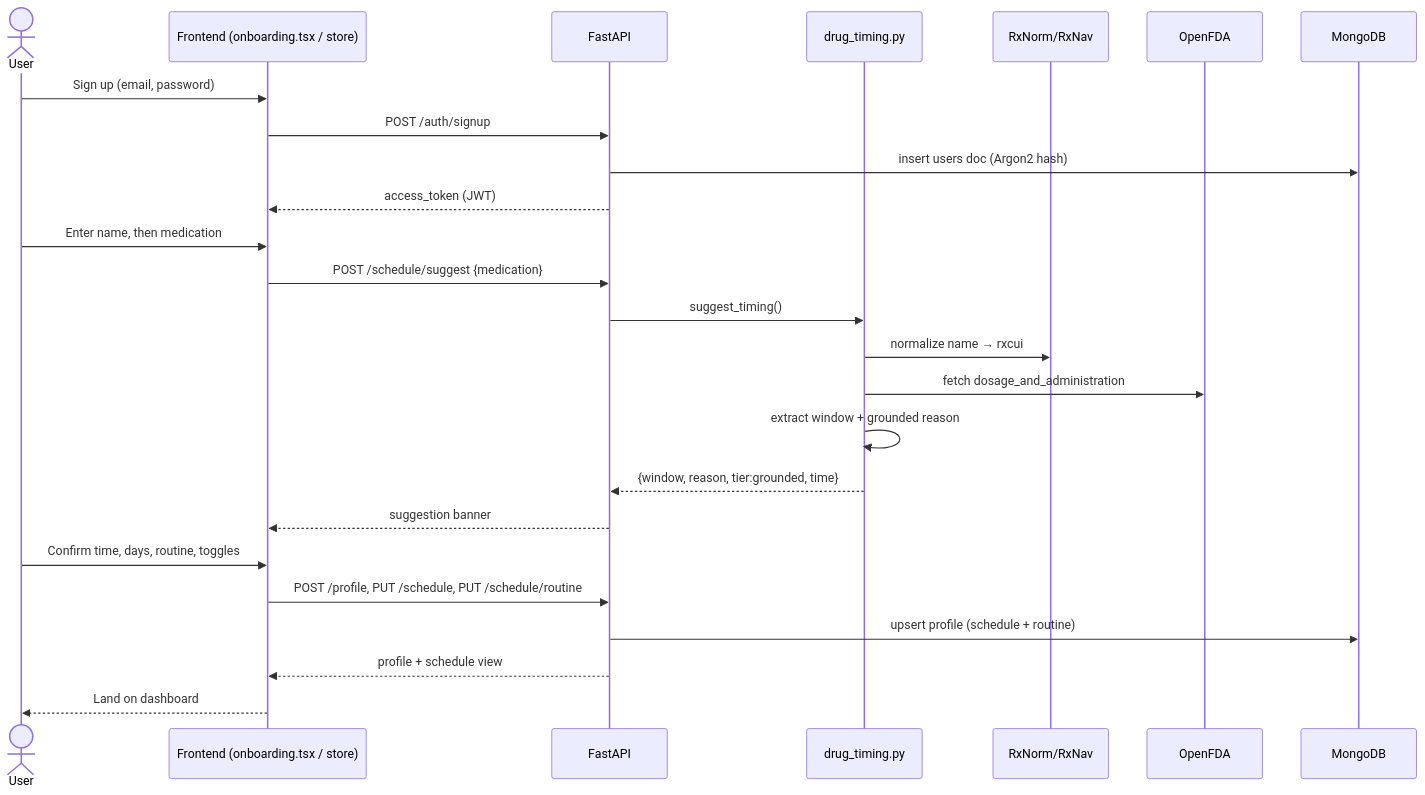
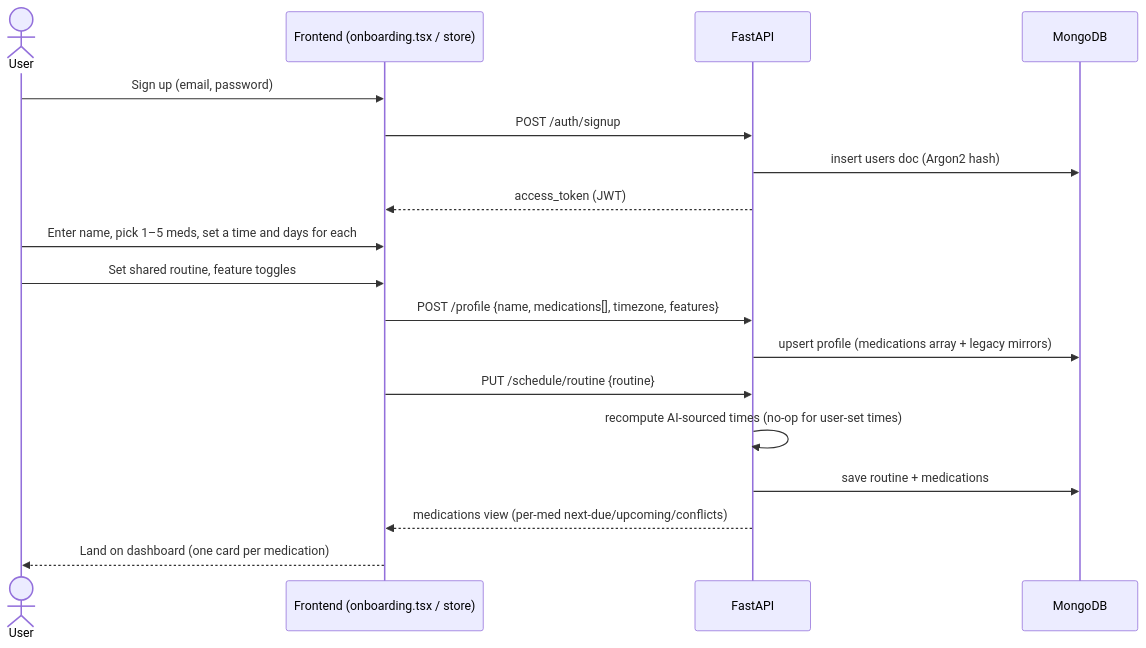
One commit to sallonico/Attune-de9bc2d9 changed the fifth of 7 diagrams in README.md. Above: the diagram before and after it, drawn with Mermaid. The commit also changed other lines of this file and 3 other files, not shown here.

````diff
--- a/README.md
+++ b/README.md
@@ -288,28 +251,21 @@
 ```mermaid
 sequenceDiagram
     actor U as User
     participant FE as Frontend (onboarding.tsx / store)
     participant API as FastAPI
-    participant DT as drug_timing.py
-    participant RX as RxNorm/RxNav
-    participant FDA as OpenFDA
     participant DB as MongoDB
 
     U->>FE: Sign up (email, password)
     FE->>API: POST /auth/signup
     API->>DB: insert users doc (Argon2 hash)
     API-->>FE: access_token (JWT)
-    U->>FE: Enter name, then medication
-    FE->>API: POST /schedule/suggest {medication}
-    API->>DT: suggest_timing()
-    DT->>RX: normalize name → rxcui
-    DT->>FDA: fetch dosage_and_administration
-    DT->>DT: extract window + grounded reason
-    DT-->>API: {window, reason, tier:grounded, time}
-    API-->>FE: suggestion banner
-    U->>FE: Confirm time, days, routine, toggles
-    FE->>API: POST /profile, PUT /schedule, PUT /schedule/routine
-    API->>DB: upsert profile (schedule + routine)
-    API-->>FE: profile + schedule view
-    FE-->>U: Land on dashboard
+    U->>FE: Enter name, pick 1–5 meds, set a time and days for each
+    U->>FE: Set shared routine, feature toggles
+    FE->>API: POST /profile {name, medications[], timezone, features}
+    API->>DB: upsert profile (medications array + legacy mirrors)
+    FE->>API: PUT /schedule/routine {routine}
+    API->>API: recompute AI-sourced times (no-op for user-set times)
+    API->>DB: save routine + medications
+    API-->>FE: medications view (per-med next-due/upcoming/conflicts)
+    FE-->>U: Land on dashboard (one card per medication)
 ```
````
